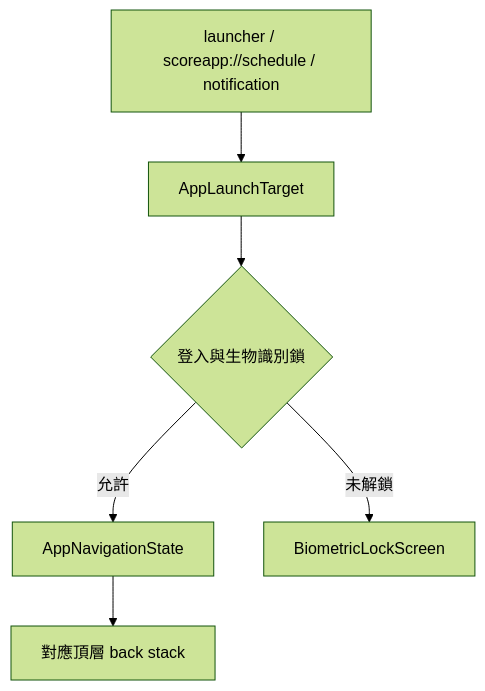
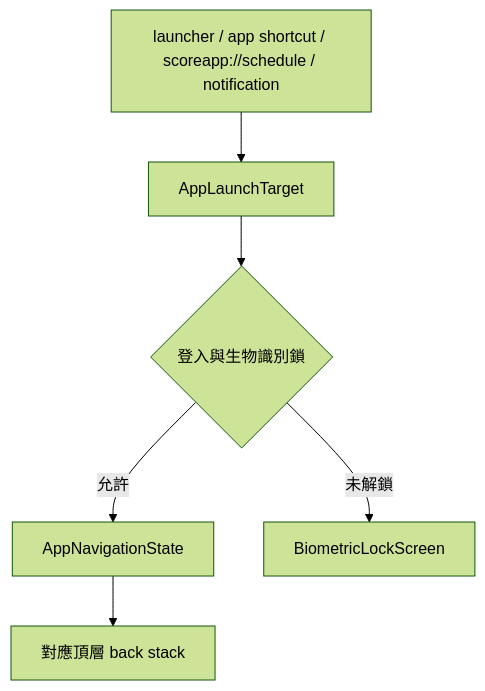
The diagram in docs/architecture/navigation.md (alvin000009238/clhs_pocket), drawn with Mermaid (forest theme) before and after one commit. The commit also changed other lines of this file and 230 other files, not shown here.

````diff
--- a/docs/architecture/navigation.md
+++ b/docs/architecture/navigation.md
@@ -5,8 +5,8 @@
 ```mermaid
 flowchart TD
-    Intent[launcher / scoreapp://schedule / notification] --> Target[AppLaunchTarget]
+    Intent[launcher / app shortcut / scoreapp://schedule / notification] --> Target[AppLaunchTarget]
     Target --> Gate{登入與生物識別鎖}
     Gate -->|允許| Shell[AppNavigationState]
     Gate -->|未解鎖| Lock[BiometricLockScreen]
     Shell --> Stack[對應頂層 back stack]
 ```
````
